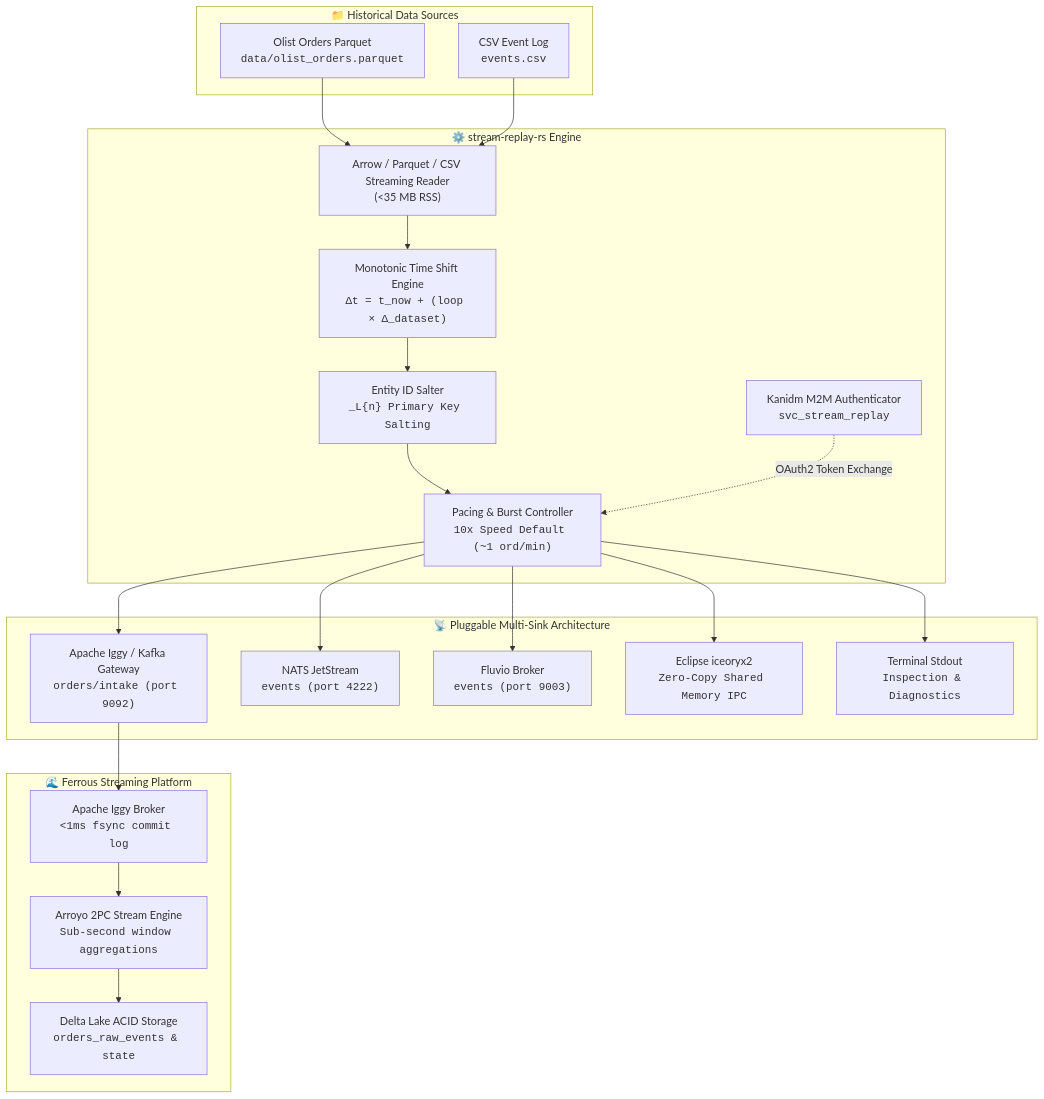
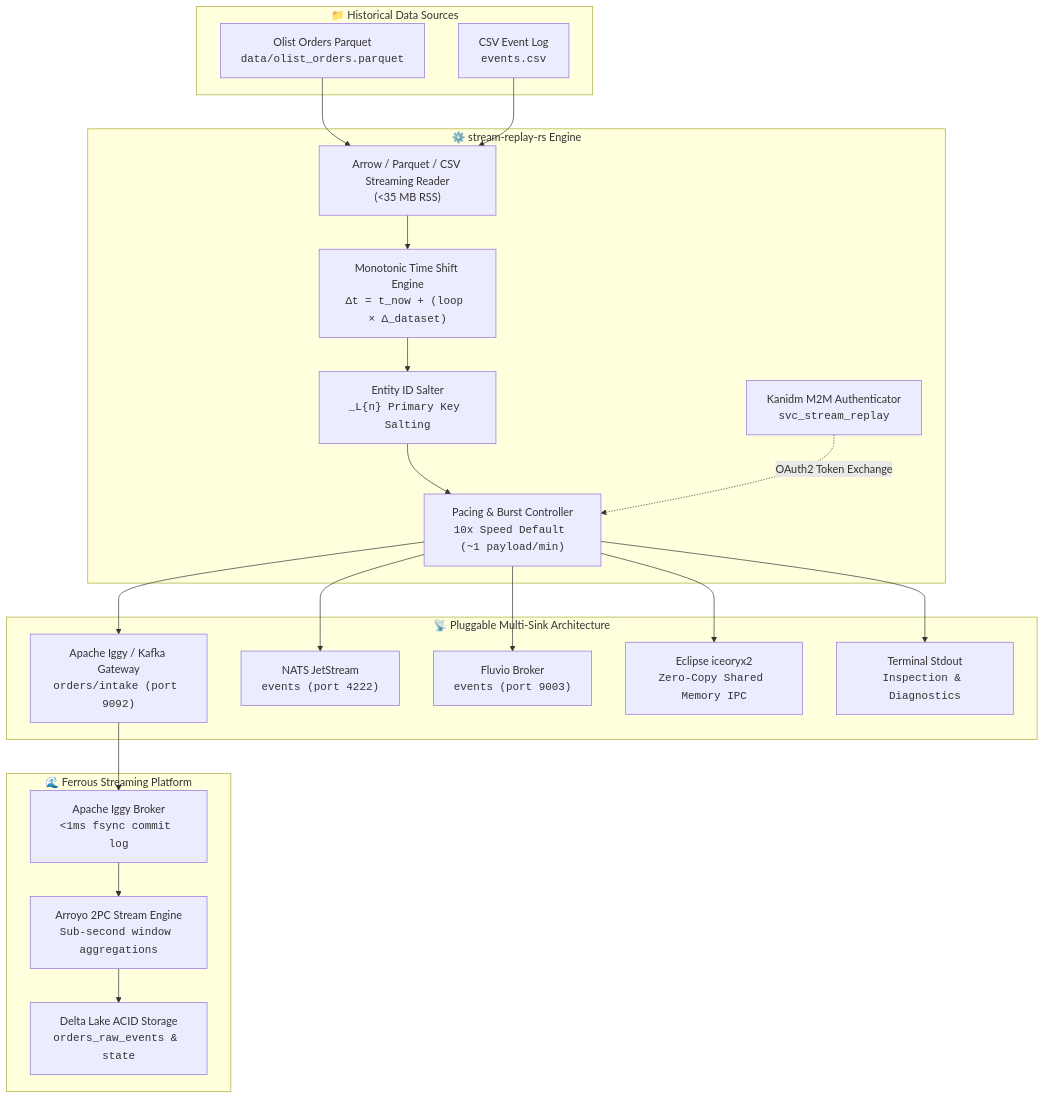
The diagram in README.md (reidlai/stream-replay-rs), drawn with Mermaid before and after one commit. The commit also changed other lines of this file, not shown here.

Commit message:
docs(readme): replace ord/min with generic payload/min notation

````diff
--- a/README.md
+++ b/README.md
@@ -16,46 +16,46 @@
 ```mermaid
 flowchart TD
     subgraph Data Sources ["📁 Historical Data Sources"]
         Parquet["Olist Orders Parquet<br/><code>data/olist_orders.parquet</code>"]
         CSV["CSV Event Log<br/><code>events.csv</code>"]
     end
 
     subgraph Core Engine ["⚙️ stream-replay-rs Engine"]
         Reader["Arrow / Parquet / CSV Streaming Reader<br/>(&lt;35 MB RSS)"]
         TimeEngine["Monotonic Time Shift Engine<br/><code>Δt = t_now + (loop × Δ_dataset)</code>"]
         Salter["Entity ID Salter<br/><code>_L{n} Primary Key Salting</code>"]
-        RatePacer["Pacing &amp; Burst Controller<br/><code>10x Speed Default (~1 ord/min)</code>"]
+        RatePacer["Pacing &amp; Burst Controller<br/><code>10x Speed Default (~1 payload/min)</code>"]
         Auth["Kanidm M2M Authenticator<br/><code>svc_stream_replay</code>"]
     end
 
     subgraph Pluggable Sinks ["📡 Pluggable Multi-Sink Architecture"]
         KafkaSink["Apache Iggy / Kafka Gateway<br/><code>orders/intake (port 9092)</code>"]
         NATSSink["NATS JetStream<br/><code>events (port 4222)</code>"]
         FluvioSink["Fluvio Broker<br/><code>events (port 9003)</code>"]
         IceoryxSink["Eclipse iceoryx2<br/><code>Zero-Copy Shared Memory IPC</code>"]
         StdoutSink["Terminal Stdout<br/><code>Inspection &amp; Diagnostics</code>"]
     end
 
     subgraph Downstream Ecosystem ["🌊 Ferrous Streaming Platform"]
         IggyBroker["Apache Iggy Broker<br/><code>&lt;1ms fsync commit log</code>"]
         Arroyo["Arroyo 2PC Stream Engine<br/><code>Sub-second window aggregations</code>"]
         DeltaLake["Delta Lake ACID Storage<br/><code>orders_raw_events &amp; state</code>"]
     end
 
     Parquet --> Reader
     CSV --> Reader
     Reader --> TimeEngine
     TimeEngine --> Salter
     Salter --> RatePacer
     Auth -.->|"OAuth2 Token Exchange"| RatePacer
 
     RatePacer --> KafkaSink
     RatePacer --> NATSSink
     RatePacer --> FluvioSink
     RatePacer --> IceoryxSink
     RatePacer --> StdoutSink
 
     KafkaSink --> IggyBroker
     IggyBroker --> Arroyo
     Arroyo --> DeltaLake
 ```
````
